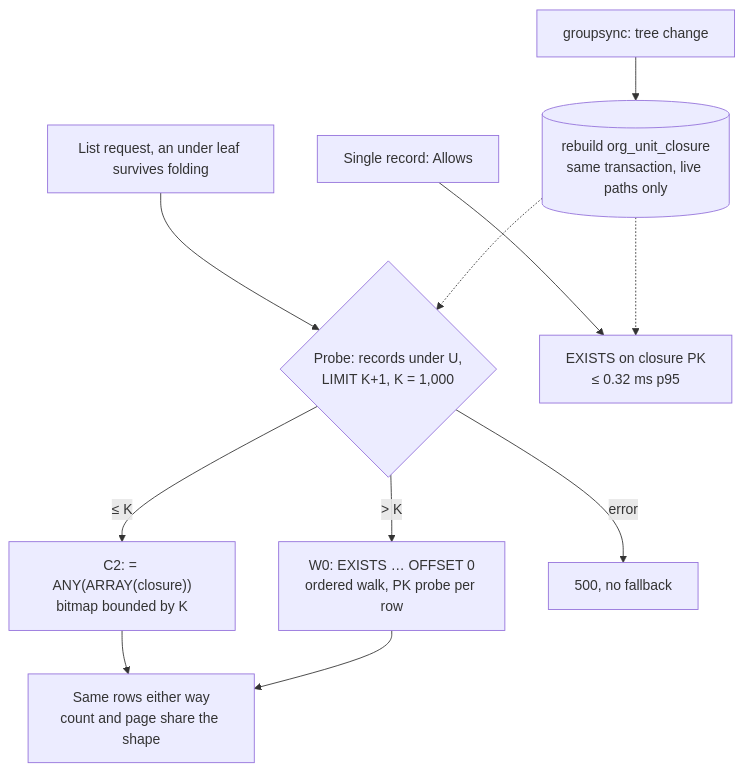
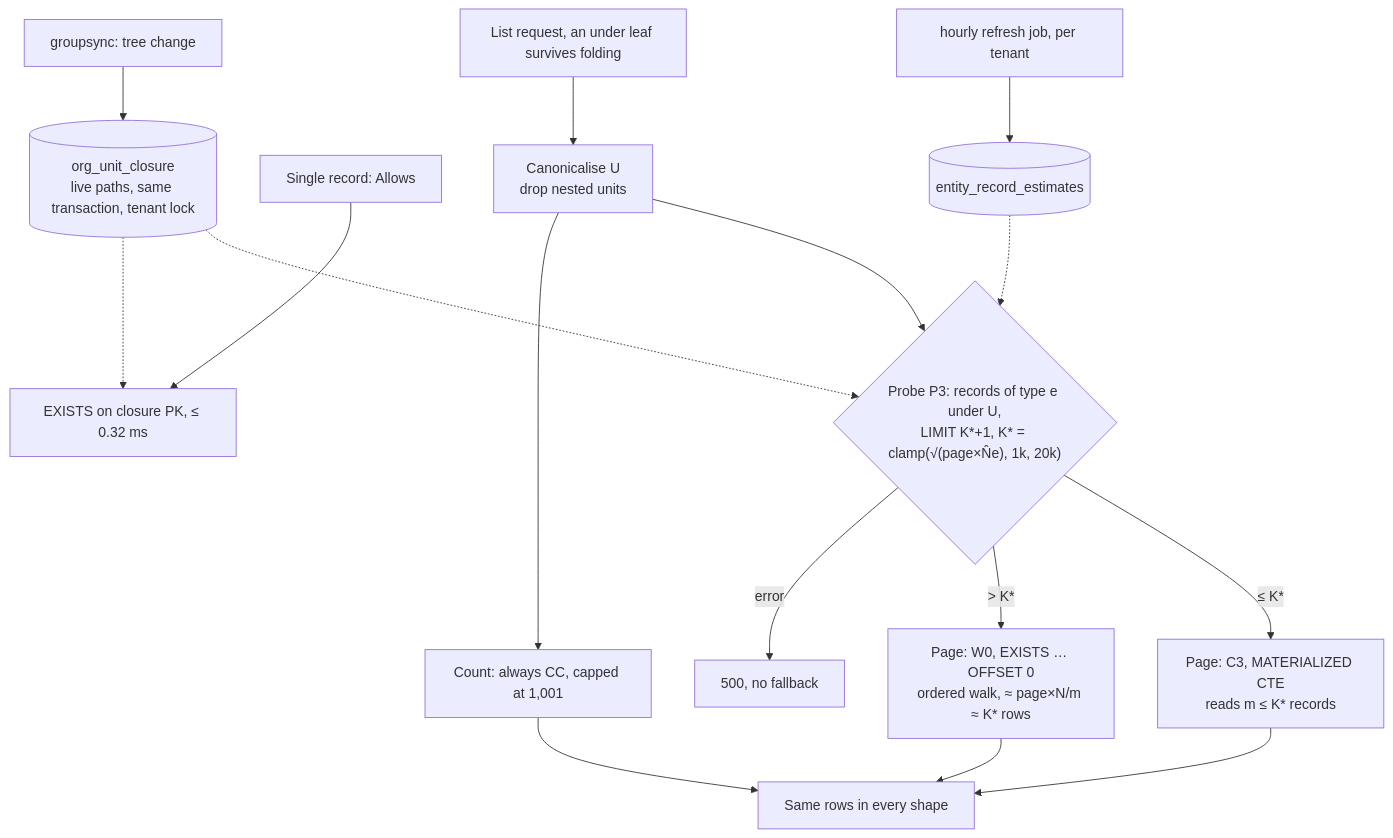
One commit to Navaladi2019/TicketingSystem changed the diagram in docs/adr/ADR-010-A2-region-leaf-closure-probe-switch.md. Above: the diagram before and after it, drawn with Mermaid. The commit also changed other lines of this file and 17 other files, not shown here.

````diff
--- a/docs/adr/ADR-010-A2-region-leaf-closure-probe-switch.md
+++ b/docs/adr/ADR-010-A2-region-leaf-closure-probe-switch.md
@@ -46,13 +72,18 @@
 ```mermaid
 flowchart TD
-  P[List request, an under leaf survives folding] --> Q{Probe: records under U,<br/>LIMIT K+1, K = 1,000}
-  Q -- "≤ K" --> C2["C2: = ANY(ARRAY(closure))<br/>bitmap bounded by K"]
-  Q -- "> K" --> W0["W0: EXISTS … OFFSET 0<br/>ordered walk, PK probe per row"]
+  P[List request, an under leaf survives folding] --> U[Canonicalise U<br/>drop nested units]
+  U --> Q{"Probe P3: records of type e under U,<br/>LIMIT K*+1, K* = clamp(√(page×N̂e), 1k, 20k)"}
+  U --> CC["Count: always CC, capped at 1,001"]
+  Q -- "≤ K*" --> C3["Page: C3, MATERIALIZED CTE<br/>reads m ≤ K* records"]
+  Q -- "> K*" --> W0["Page: W0, EXISTS … OFFSET 0<br/>ordered walk, ≈ page×N/m ≈ K* rows"]
   Q -- error --> E[500, no fallback]
-  C2 --> R[Same rows either way<br/>count and page share the shape]
+  C3 --> R[Same rows in every shape]
   W0 --> R
-  A[Single record: Allows] --> X["EXISTS on closure PK<br/>≤ 0.32 ms p95"]
-  G[groupsync: tree change] --> B[(rebuild org_unit_closure<br/>same transaction, live paths only)]
+  CC --> R
+  A[Single record: Allows] --> X["EXISTS on closure PK, ≤ 0.32 ms"]
+  G[groupsync: tree change] --> B[(org_unit_closure<br/>live paths, same transaction, tenant lock)]
+  J[hourly refresh job, per tenant] --> N[(entity_record_estimates)]
+  N -.-> Q
   B -.-> Q
   B -.-> X
 ```
````
